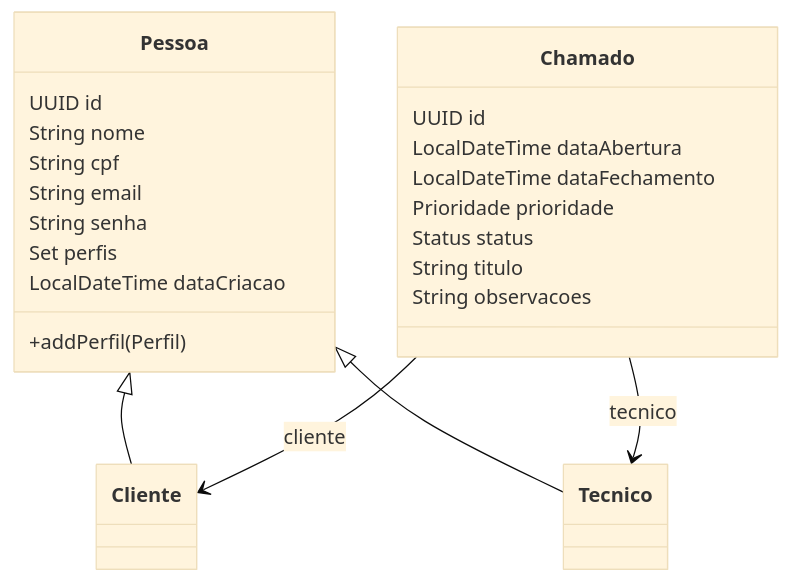
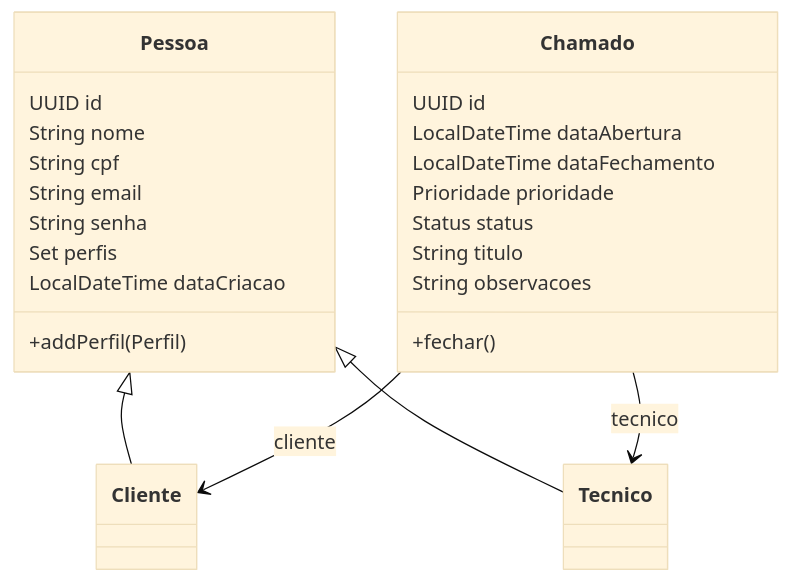
Before and after one commit to gabrieldnsilva/helpdesk-AetherNet: the diagram in docs/classDiagram.md, drawn with Mermaid (base theme). The commit also changed 1 other file, not shown here.

Commit message:
fix: classDiagram and enum Status fixed based on setted overview requirements

````diff
--- a/docs/classDiagram.md
+++ b/docs/classDiagram.md
@@ -1,36 +1,37 @@
 ```mermaid
 classDiagram
 class Pessoa {
   UUID id
   String nome
   String cpf
   String email
   String senha
   Set<Perfil> perfis
   LocalDateTime dataCriacao
   +addPerfil(Perfil)
 }
 
 class Cliente
 class Tecnico
 
 Pessoa <|-- Cliente
 Pessoa <|-- Tecnico
 
 class Chamado {
   UUID id
   LocalDateTime dataAbertura
   LocalDateTime dataFechamento
   Prioridade prioridade
   Status status
   String titulo
   String observacoes
+  +fechar()
 }
 
 Chamado --> Cliente : cliente
 Chamado --> Tecnico : tecnico
 
 enum Perfil
 enum Prioridade
 enum Status
 ```
````
